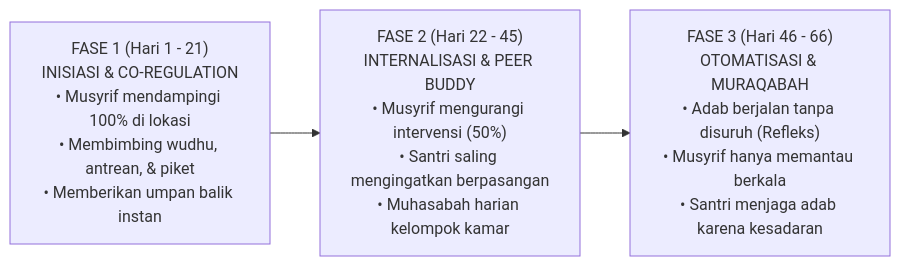
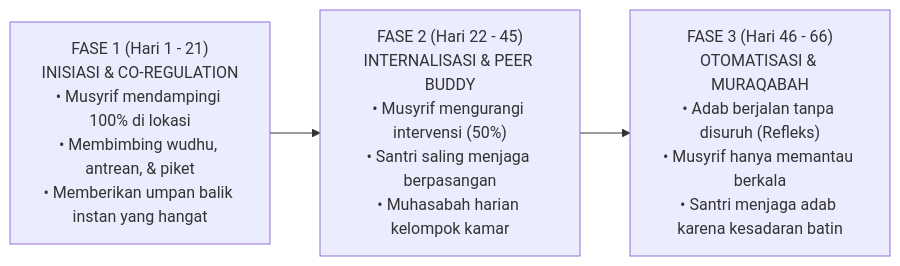
One commit to wandiapriliyandi/tumbuh changed the eighth of 9 diagrams in BOOK-SERIES/Volume-01/Bab-01-Krisis-Karakter-dan-Urgensi-Rekonstruksi/01-Anomali-Pendidikan-Karakter-Tradisional.md. Above: the diagram before and after it, drawn with Mermaid. The commit also changed other lines of this file, not shown here.

````diff
--- a/BOOK-SERIES/Volume-01/Bab-01-Krisis-Karakter-dan-Urgensi-Rekonstruksi/01-Anomali-Pendidikan-Karakter-Tradisional.md
+++ b/BOOK-SERIES/Volume-01/Bab-01-Krisis-Karakter-dan-Urgensi-Rekonstruksi/01-Anomali-Pendidikan-Karakter-Tradisional.md
@@ -228,10 +271,10 @@
 ```mermaid
 graph LR
-    Fase1["FASE 1 (Hari 1 - 21)<br/>INISIASI & CO-REGULATION<br/>• Musyrif mendampingi 100% di lokasi<br/>• Membimbing wudhu, antrean, & piket<br/>• Memberikan umpan balik instan"]
+    Fase1["FASE 1 (Hari 1 - 21)<br/>INISIASI & CO-REGULATION<br/>• Musyrif mendampingi 100% di lokasi<br/>• Membimbing wudhu, antrean, & piket<br/>• Memberikan umpan balik instan yang hangat"]
     
-    Fase2["FASE 2 (Hari 22 - 45)<br/>INTERNALISASI & PEER BUDDY<br/>• Musyrif mengurangi intervensi (50%)<br/>• Santri saling mengingatkan berpasangan<br/>• Muhasabah harian kelompok kamar"]
+    Fase2["FASE 2 (Hari 22 - 45)<br/>INTERNALISASI & PEER BUDDY<br/>• Musyrif mengurangi intervensi (50%)<br/>• Santri saling menjaga berpasangan<br/>• Muhasabah harian kelompok kamar"]
     
-    Fase3["FASE 3 (Hari 46 - 66)<br/>OTOMATISASI & MURAQABAH<br/>• Adab berjalan tanpa disuruh (Refleks)<br/>• Musyrif hanya memantau berkala<br/>• Santri menjaga adab karena kesadaran"]
+    Fase3["FASE 3 (Hari 46 - 66)<br/>OTOMATISASI & MURAQABAH<br/>• Adab berjalan tanpa disuruh (Refleks)<br/>• Musyrif hanya memantau berkala<br/>• Santri menjaga adab karena kesadaran batin"]
     
     Fase1 --> Fase2 --> Fase3
 ```
````
